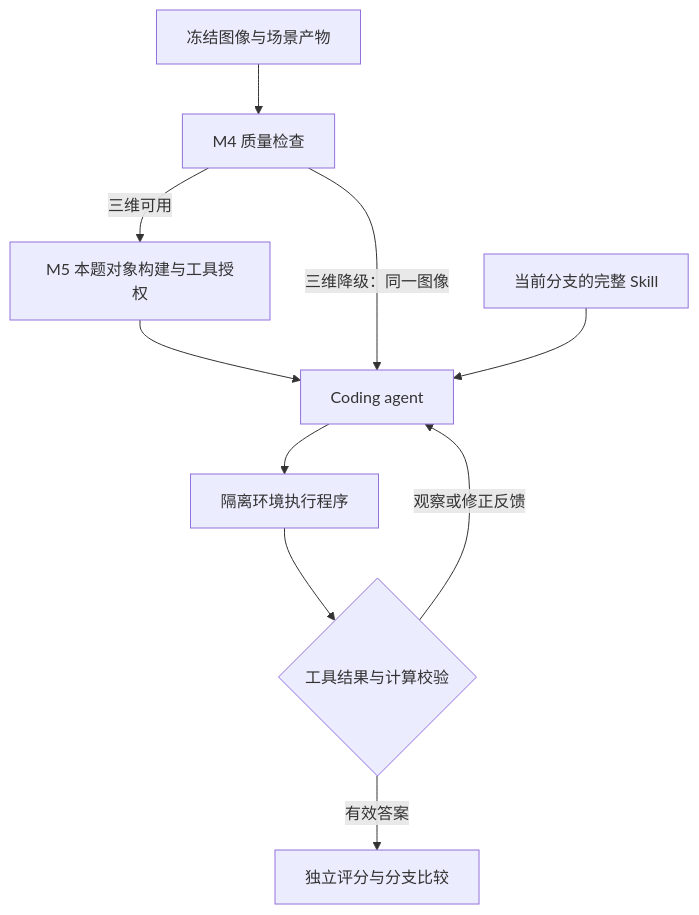
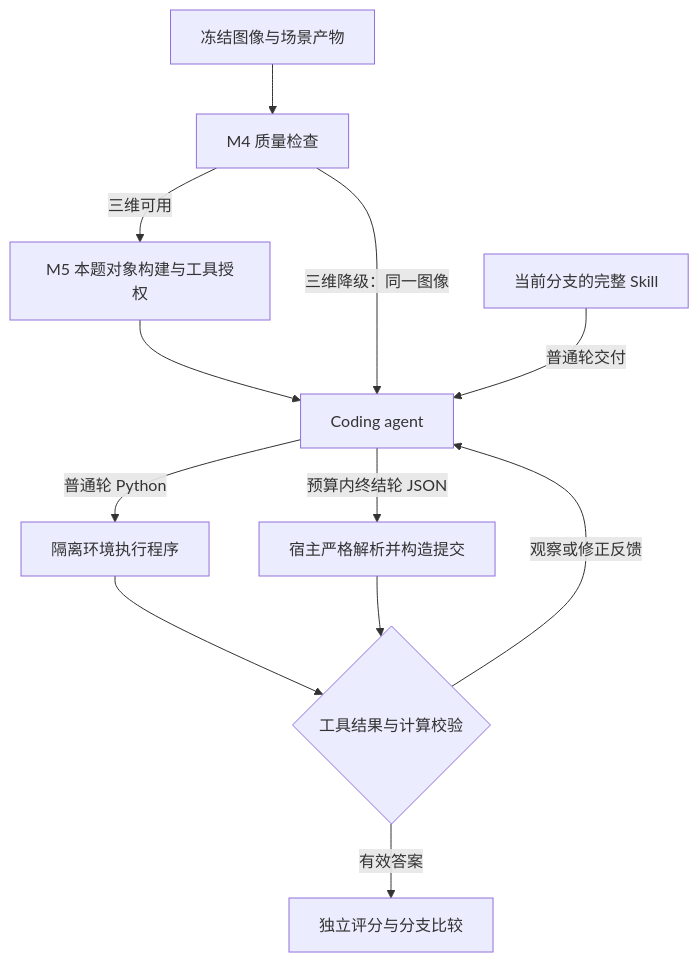
The diagram in 系统架构v11.md (bigdatashushu/wjhICLR), drawn with Mermaid before and after one commit. The commit also changed other lines of this file, not shown here.

Commit message:
docs: align v11 architecture with current implementation

````diff
--- a/系统架构v11.md
+++ b/系统架构v11.md
@@ -56,12 +57,14 @@
 ```mermaid
 flowchart TD
     A["冻结图像与场景产物"] --> B["M4 质量检查"]
     B -->|三维可用| P["M5 本题对象构建与工具授权"]
     P --> C["Coding agent"]
     B -->|三维降级：同一图像| C
-    S["当前分支的完整 Skill"] --> C
-    C --> D["隔离环境执行程序"]
+    S["当前分支的完整 Skill"] -->|普通轮交付| C
+    C -->|普通轮 Python| D["隔离环境执行程序"]
     D --> E{"工具结果与计算校验"}
+    C -->|预算内终结轮 JSON| J["宿主严格解析并构造提交"]
+    J --> E
     E -->|观察或修正反馈| C
     E -->|有效答案| F["独立评分与分支比较"]
 ```
````
